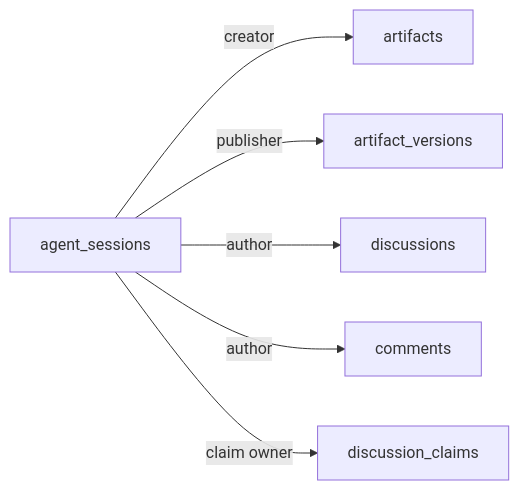
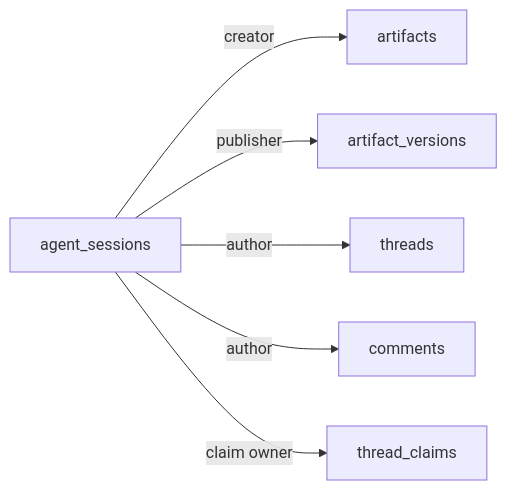
One commit to hyperlogue/r3 changed the third of 3 diagrams in docs/artifacts/schema.md. Above: the diagram before and after it, drawn with Mermaid. The commit also changed other lines of this file and 183 other files, not shown here.

````diff
--- a/docs/artifacts/schema.md
+++ b/docs/artifacts/schema.md
@@ -40,8 +41,8 @@
 ```mermaid
 flowchart LR
   S[agent_sessions] -->|creator| A[artifacts]
   S -->|publisher| V[artifact_versions]
-  S -->|author| F[discussions]
+  S -->|author| F[threads]
   S -->|author| R[comments]
-  S -->|claim owner| C[discussion_claims]
+  S -->|claim owner| C[thread_claims]
 ```
````
